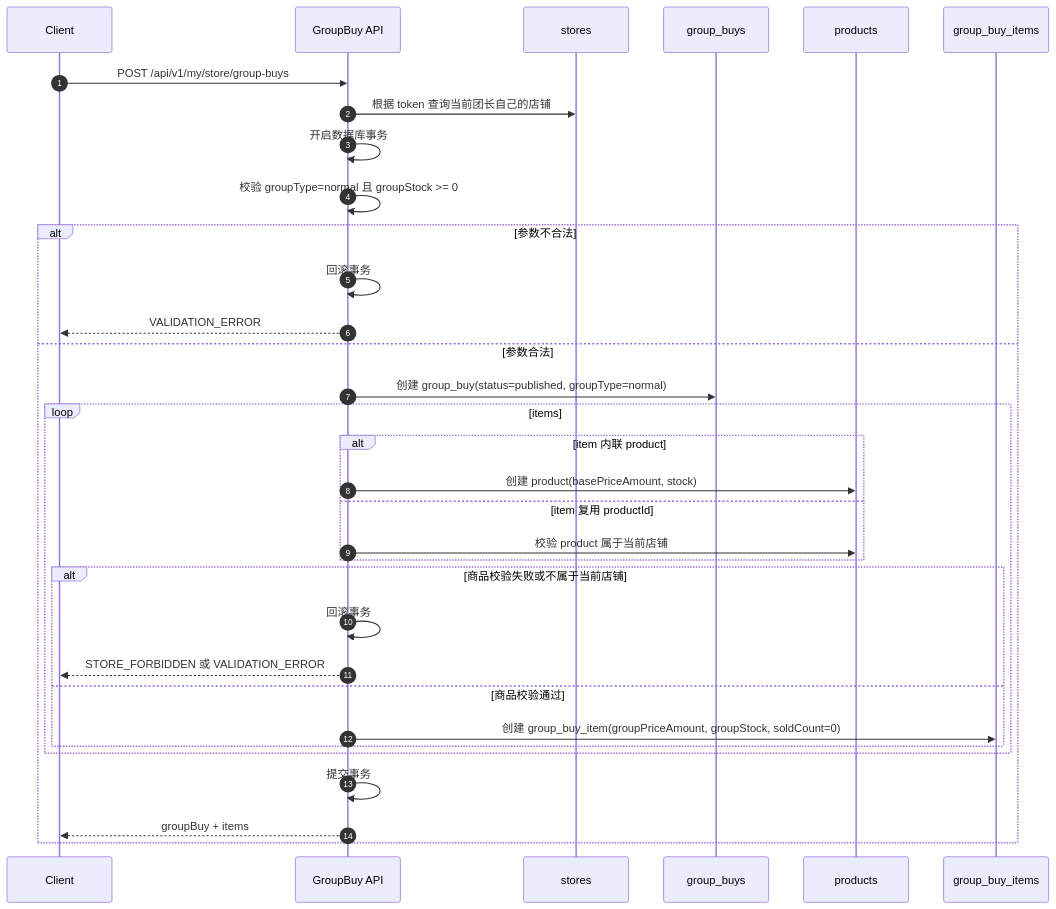
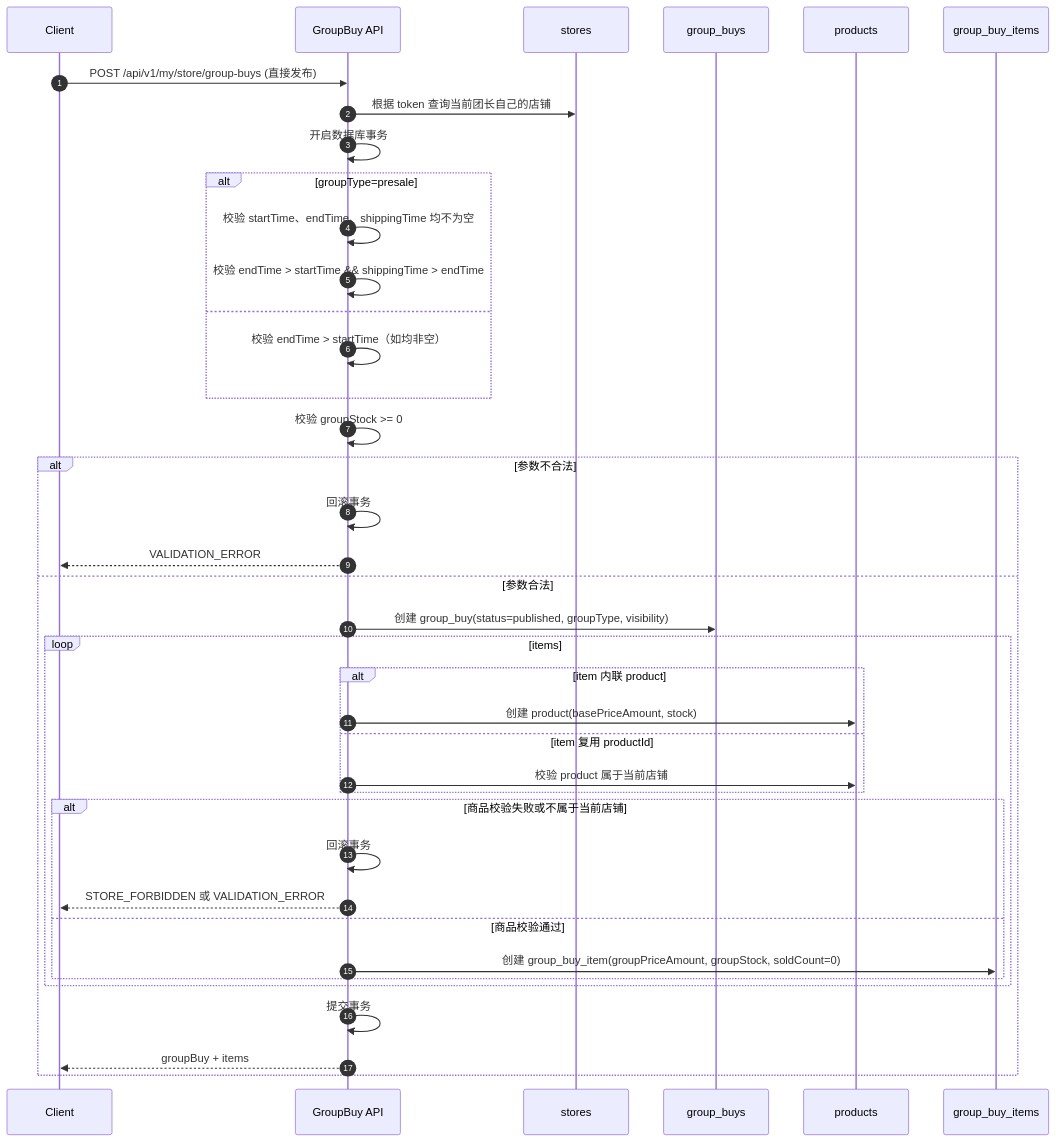
One commit to Zesuy/social-group-buying-platform changed the third of 8 diagrams in docs/API设计.md. Above: the diagram before and after it, drawn with Mermaid. The commit also changed other lines of this file and 21 other files, not shown here.

First line of the commit message:
feat(groupbuy): add draft, presale, visibility, copy and share flows

````diff
--- a/docs/API设计.md
+++ b/docs/API设计.md
@@ -1670,36 +1676,42 @@
 ```mermaid
 sequenceDiagram
     autonumber
     participant C as Client
     participant API as GroupBuy API
     participant S as stores
     participant G as group_buys
     participant P as products
     participant GI as group_buy_items
 
-    C->>API: POST /api/v1/my/store/group-buys
+    C->>API: POST /api/v1/my/store/group-buys (直接发布)
     API->>S: 根据 token 查询当前团长自己的店铺
     API->>API: 开启数据库事务
-    API->>API: 校验 groupType=normal 且 groupStock >= 0
+    alt groupType=presale
+        API->>API: 校验 startTime、endTime、shippingTime 均不为空
+        API->>API: 校验 endTime > startTime && shippingTime > endTime
+    else
+        API->>API: 校验 endTime > startTime（如均非空）
+    end
+    API->>API: 校验 groupStock >= 0
     alt 参数不合法
         API->>API: 回滚事务
         API-->>C: VALIDATION_ERROR
     else 参数合法
-        API->>G: 创建 group_buy(status=published, groupType=normal)
+        API->>G: 创建 group_buy(status=published, groupType, visibility)
         loop items
             alt item 内联 product
                 API->>P: 创建 product(basePriceAmount, stock)
             else item 复用 productId
                 API->>P: 校验 product 属于当前店铺
             end
             alt 商品校验失败或不属于当前店铺
                 API->>API: 回滚事务
                 API-->>C: STORE_FORBIDDEN 或 VALIDATION_ERROR
             else 商品校验通过
                 API->>GI: 创建 group_buy_item(groupPriceAmount, groupStock, soldCount=0)
             end
         end
         API->>API: 提交事务
         API-->>C: groupBuy + items
     end
 ```
````
